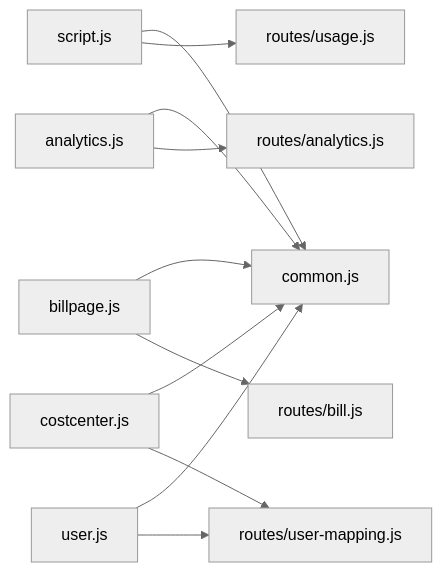
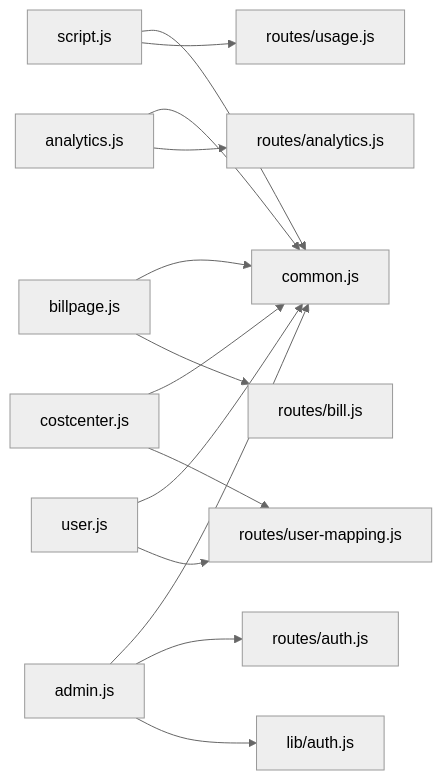
The ninth of 9 diagrams in .qoder/repowiki/zh/content/前端页面/前端页面.md (kissingwolf/CopilotEnterpriseUsageDisplay), drawn with Mermaid (neutral theme) before and after one commit. The commit also changed other lines of this file and 9 other files, not shown here.

Commit message:
docs(wiki): refresh repowiki content with admin auth and AI credits modules

````diff
--- a/.qoder/repowiki/zh/content/前端页面/前端页面.md
+++ b/.qoder/repowiki/zh/content/前端页面/前端页面.md
@@ -377,13 +446,16 @@
 ```mermaid
 graph LR
 Script["script.js"] --> Common["common.js"]
 Analytics["analytics.js"] --> Common
 Bill["billpage.js"] --> Common
 Cost["costcenter.js"] --> Common
 User["user.js"] --> Common
+Admin["admin.js"] --> Common
 Script --> UsageRoute["routes/usage.js"]
 Analytics --> AnalyticsRoute["routes/analytics.js"]
 Bill --> BillRoute["routes/bill.js"]
 Cost --> UserMappingRoute["routes/user-mapping.js"]
 User --> UserMappingRoute
+Admin --> AuthRoute["routes/auth.js"]
+Admin --> LibAuth["lib/auth.js"]
 ```
````
